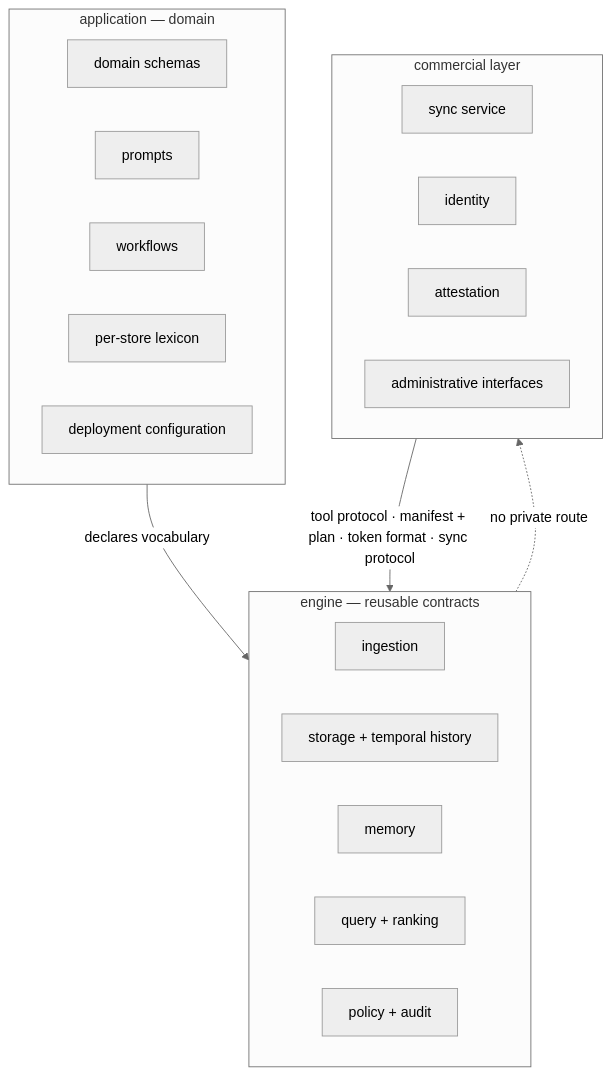
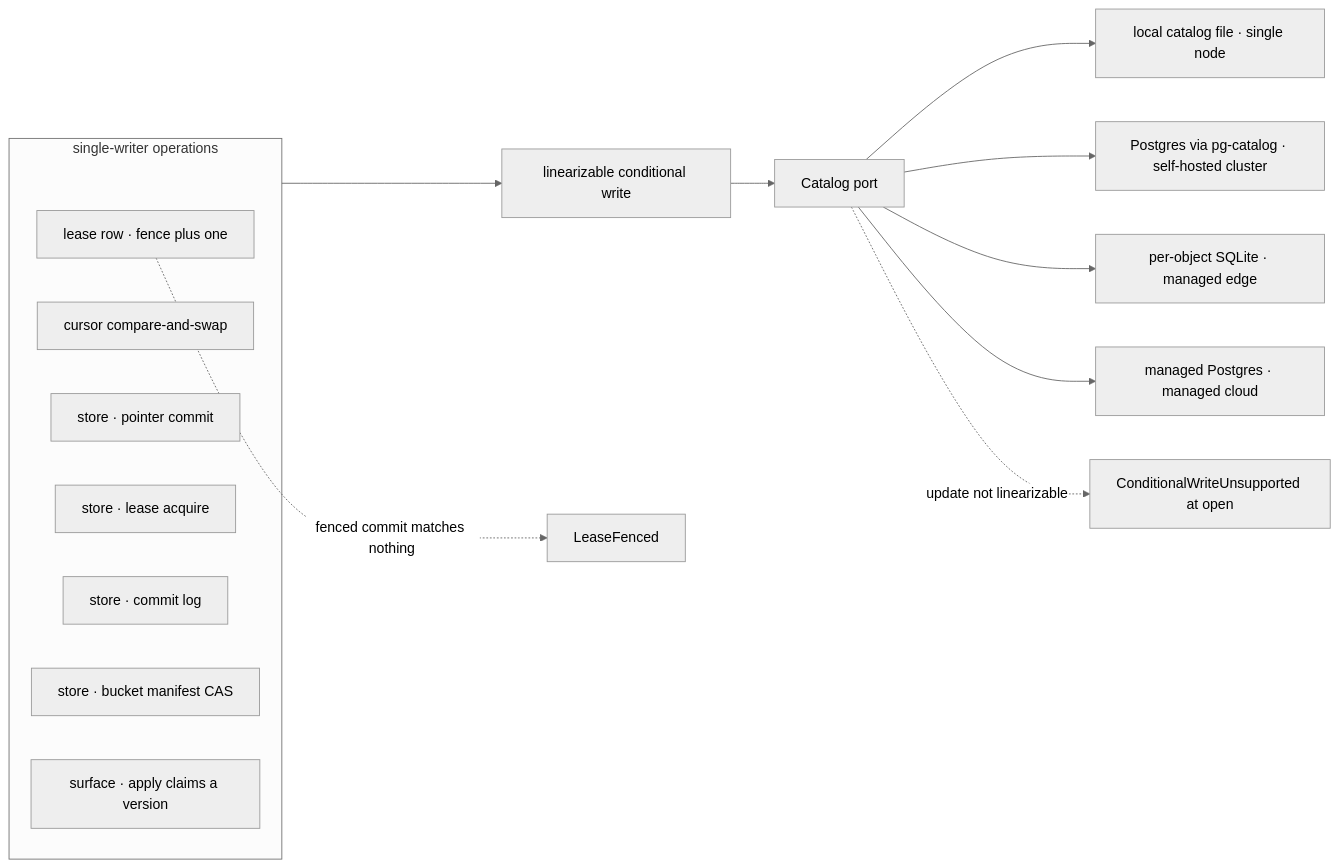
One commit to fractalboxdev/contextful changed the fifth of 5 diagrams in spec/01-topology.md. Above: the diagram before and after it, drawn with Mermaid (neutral theme). The commit also changed other lines of this file and 471 other files, not shown here.

````diff
--- a/spec/01-topology.md
+++ b/spec/01-topology.md
@@ -347,26 +263,25 @@
 ```mermaid
-flowchart TB
-  subgraph ENGINE["engine — reusable contracts"]
-    ING["ingestion"]
-    STO["storage + temporal history"]
-    MEM["memory"]
-    QRY["query + ranking"]
-    POL["policy + audit"]
+flowchart LR
+  subgraph OPS["single-writer operations"]
+    LROW["lease row · fence plus one"]
+    CUR["cursor compare-and-swap"]
+    PTR["store · pointer commit"]
+    LA["store · lease acquire"]
+    CL["store · commit log"]
+    MAN["store · bucket manifest CAS"]
+    APPLY["surface · apply claims a version"]
   end
-  subgraph APP["application — domain"]
-    SCH["domain schemas"]
-    PRM["prompts"]
-    WFL["workflows"]
-    LEX["per-store lexicon"]
-    CFG["deployment configuration"]
-  end
-  subgraph COMM["commercial layer"]
-    SYNCSVC["sync service"]
-    IDENT["identity"]
-    ATT["attestation"]
-    ADMIN["administrative interfaces"]
-  end
-  APP -- "declares vocabulary" --> ENGINE
-  COMM -- "tool protocol · manifest + plan · token format · sync protocol" --> ENGINE
-  ENGINE -. "no private route" .-> COMM
+  PRIM["linearizable conditional write"]
+  PORT["Catalog port"]
+  LOCAL["local catalog file · single node"]
+  PG["Postgres via pg-catalog · self-hosted cluster"]
+  SQLITE["per-object SQLite · managed edge"]
+  MPG["managed Postgres · managed cloud"]
+  WEAK["ConditionalWriteUnsupported at open"]
+  STALE["LeaseFenced"]
+
+  OPS --> PRIM --> PORT
+  PORT --> LOCAL & PG & SQLITE & MPG
+  PORT -. "update not linearizable" .-> WEAK
+  LROW -. "fenced commit matches nothing" .-> STALE
 ```
````
